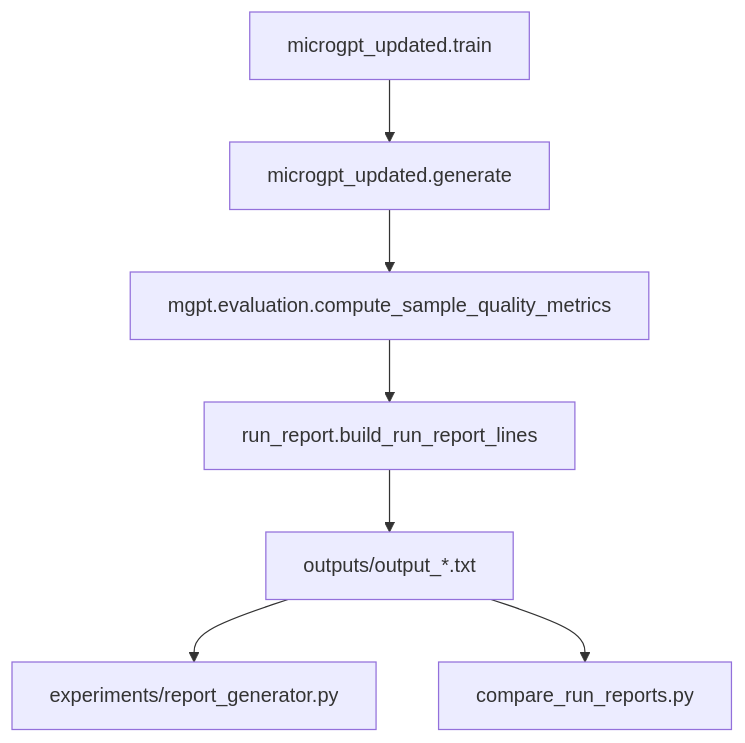
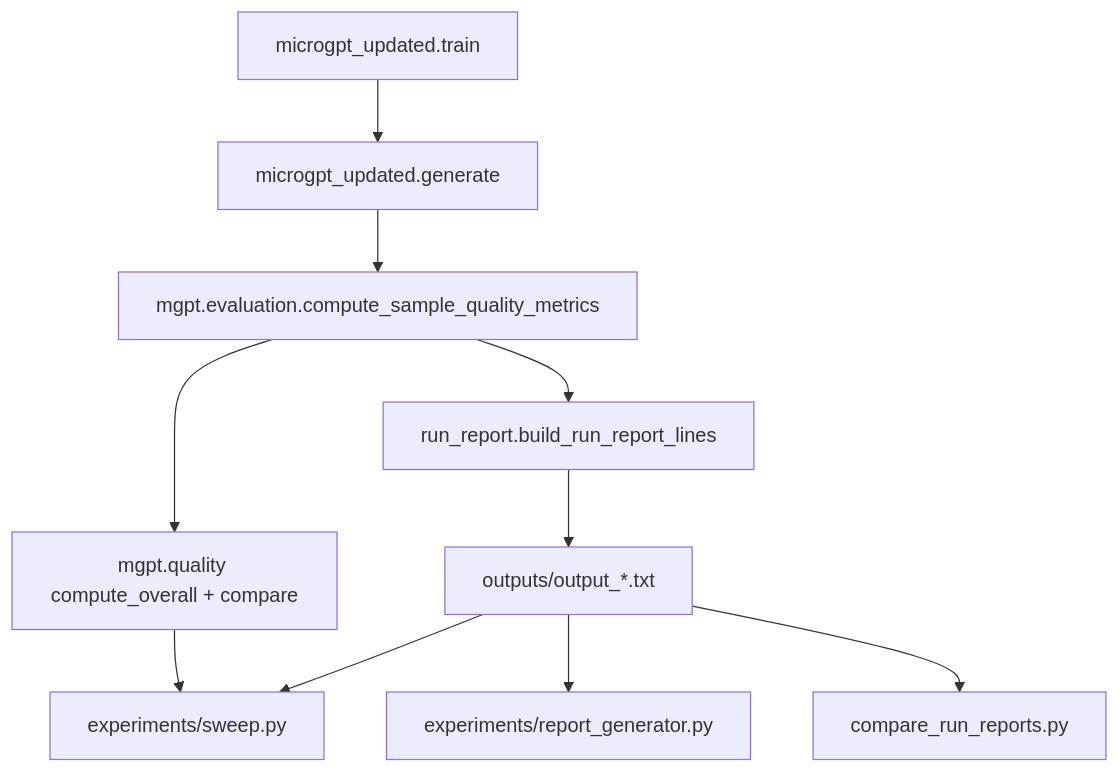
The diagram in docs/M2-semantic-quality.md (neomatrix369/microgpt-experiments), drawn with Mermaid before and after one commit. The commit also changed other lines of this file and 21 other files, not shown here.

First line of the commit message:
Add grid-sweep experimentation ranked by heuristic quality scores.

````diff
--- a/docs/M2-semantic-quality.md
+++ b/docs/M2-semantic-quality.md
@@ -104,16 +124,21 @@
 ```mermaid
 flowchart TB
   Train[microgpt_updated.train]
   Gen[microgpt_updated.generate]
   Eval[mgpt.evaluation.compute_sample_quality_metrics]
+  Qual[mgpt.quality compute_overall + compare]
+  Sweep[experiments/sweep.py]
   Report[run_report.build_run_report_lines]
   Disk[outputs/output_*.txt]
   HTML[experiments/report_generator.py]
   Cmp[compare_run_reports.py]
   Train --> Gen
   Gen --> Eval
+  Eval --> Qual
   Eval --> Report
+  Qual --> Sweep
   Report --> Disk
   Disk --> HTML
   Disk --> Cmp
+  Disk --> Sweep
 ```
````
